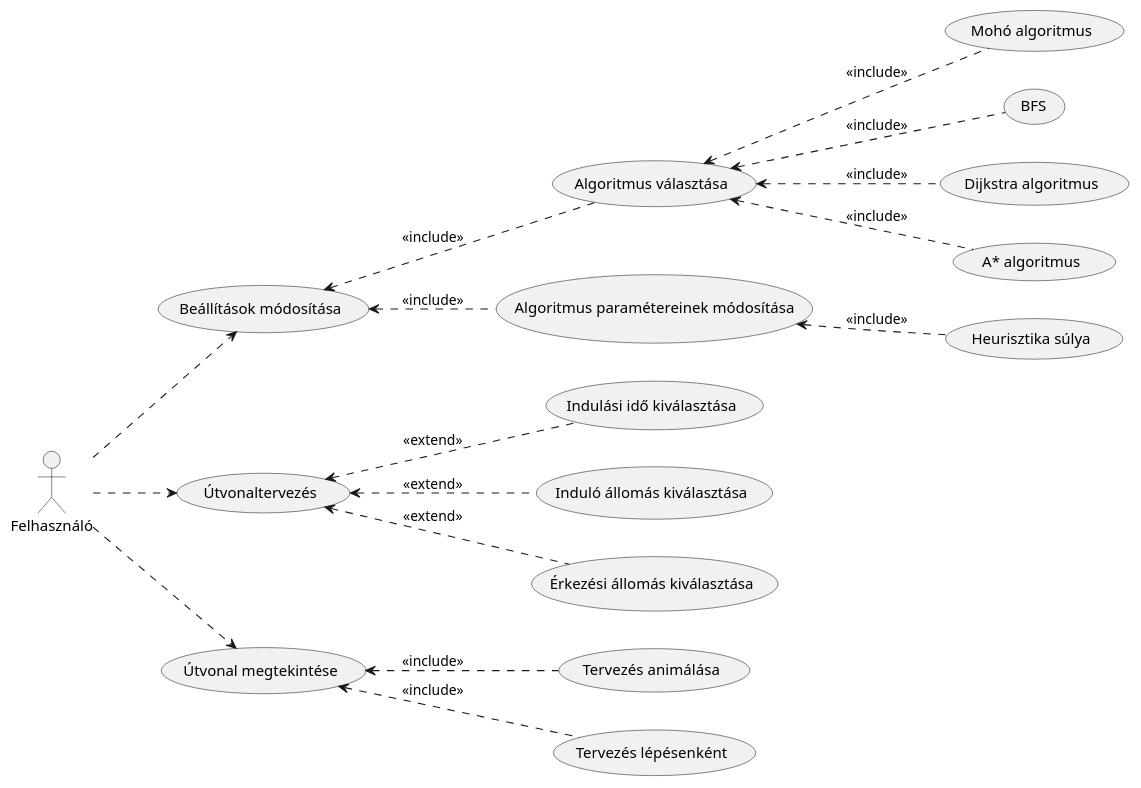
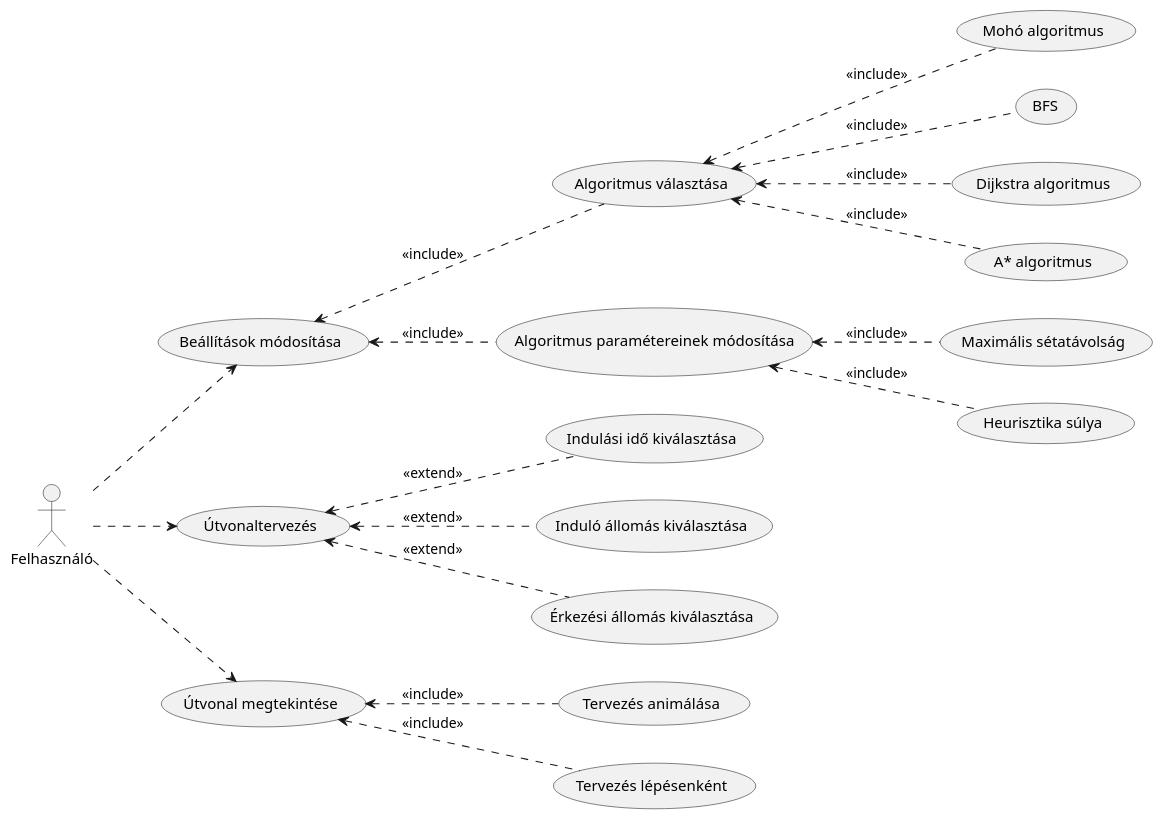
The diagram in docs/src/diagrams/usecase.plantuml (b-e-b-o-o/bkway), drawn with PlantUML before and after one commit. The commit also changed 7 other files, not shown here.

```diff
--- a/docs/src/diagrams/usecase.plantuml
+++ b/docs/src/diagrams/usecase.plantuml
@@ -1,28 +1,29 @@
 @startuml usecase
 
 ' java -jar C:\ProgramData\chocolatey\lib\plantuml\tools\plantuml.jar -picoweb
 
 left to right direction
 :Felhasználó:
 
 :Felhasználó: ..> (Beállítások módosítása)
 
 (Beállítások módosítása) <.. (Algoritmus választása) : <<include>>
 (Algoritmus választása) <.. (Mohó algoritmus) : <<include>>
 (Algoritmus választása) <.. (BFS) : <<include>>
 (Algoritmus választása) <.. (Dijkstra algoritmus) : <<include>>
 (Algoritmus választása) <.. (A* algoritmus) : <<include>>
 
 (Beállítások módosítása) <.. (Algoritmus paramétereinek módosítása) : <<include>>
+(Algoritmus paramétereinek módosítása) <.. (Maximális sétatávolság) : <<include>>
 (Algoritmus paramétereinek módosítása) <.. (Heurisztika súlya) : <<include>>
 
 :Felhasználó: ..> (Útvonaltervezés)
 (Útvonaltervezés) <.. (Indulási idő kiválasztása) : <<extend>>
 (Útvonaltervezés) <.. (Induló állomás kiválasztása) : <<extend>>
 (Útvonaltervezés) <.. (Érkezési állomás kiválasztása) : <<extend>>
 
 :Felhasználó: ..> (Útvonal megtekintése)
 (Útvonal megtekintése) <.. (Tervezés animálása) : <<include>>
 (Útvonal megtekintése) <.. (Tervezés lépésenként) : <<include>>
 
 @enduml
```
